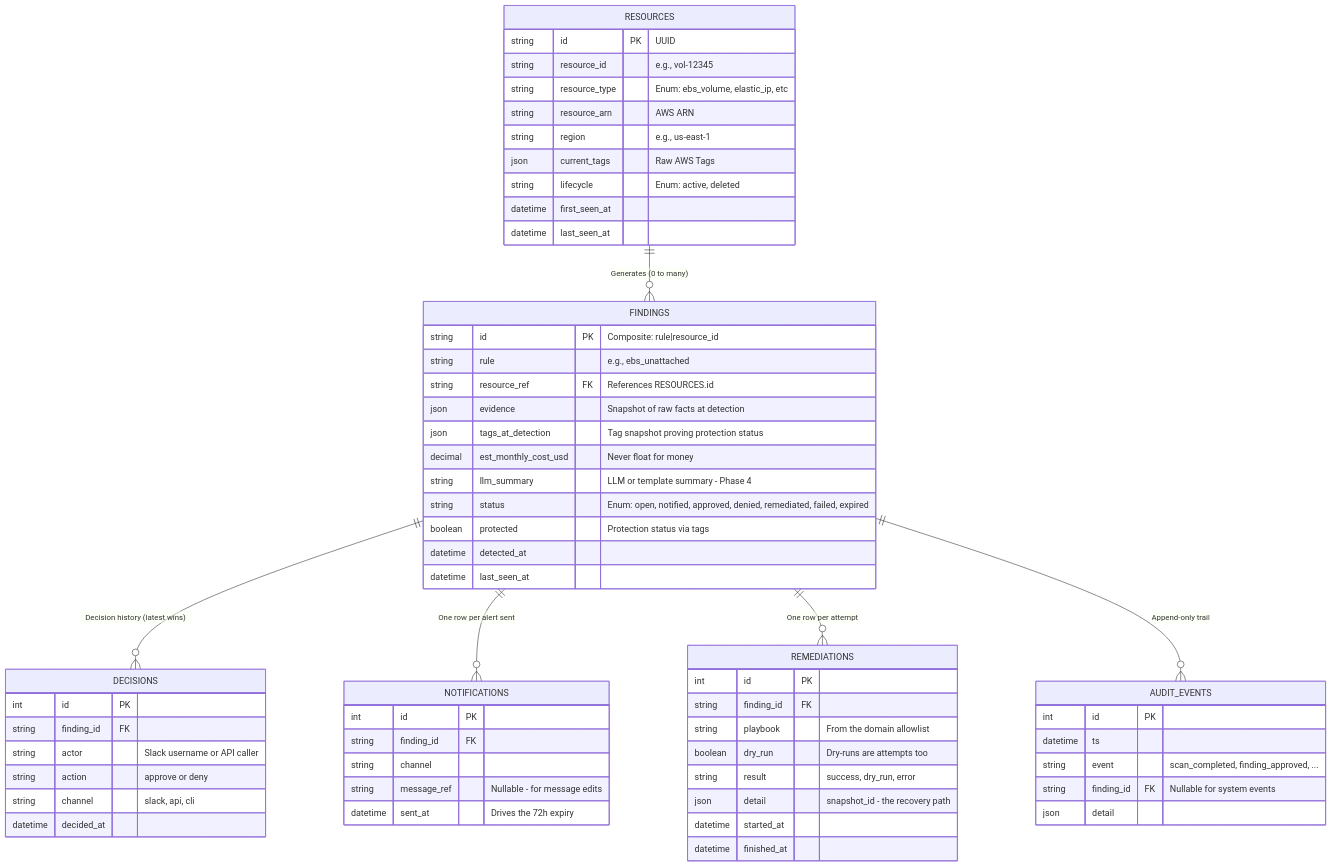
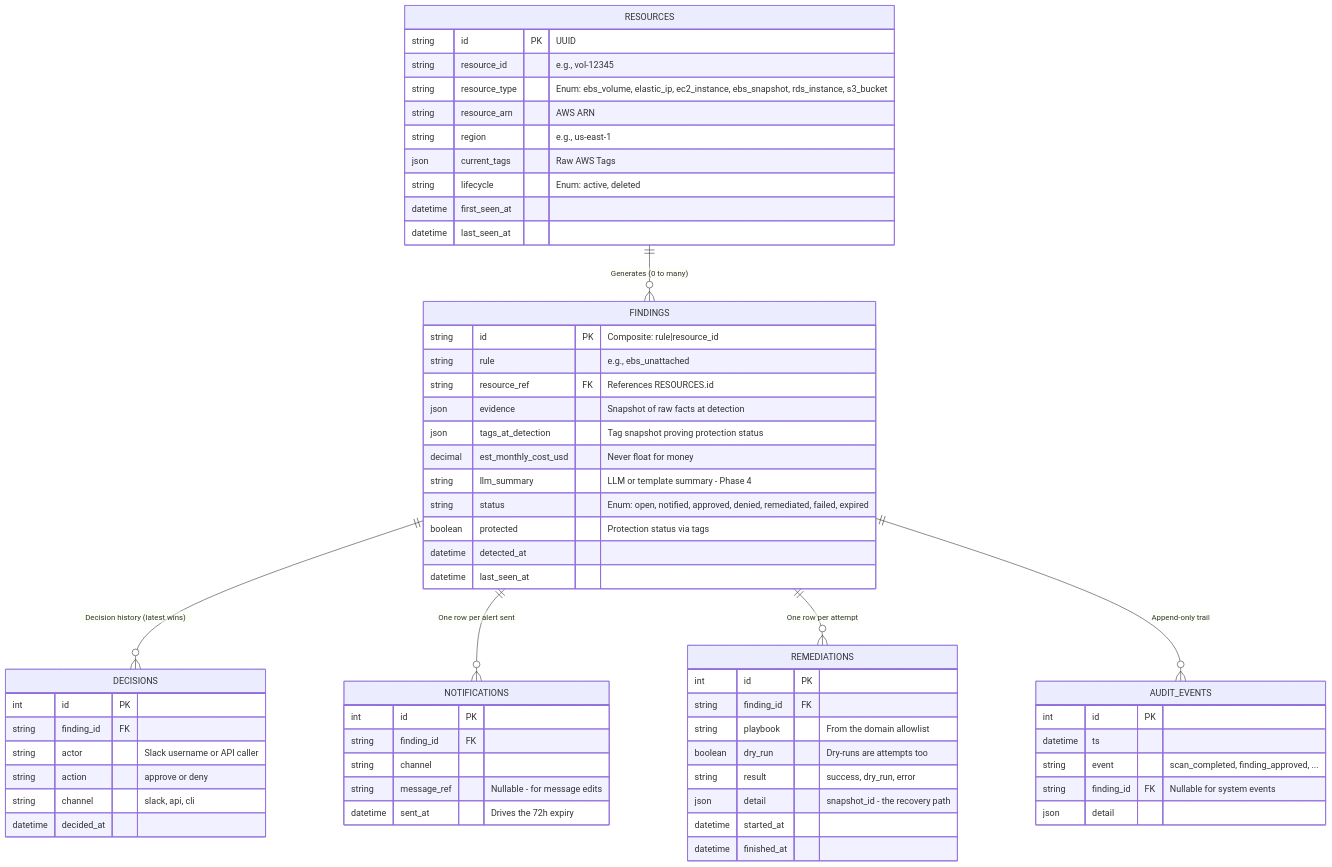
The second of 2 diagrams in README.md (boazleleina/finops-sentinel), drawn with Mermaid before and after one commit. The commit also changed other lines of this file, not shown here.

First line of the commit message:
docs: document the RDS and S3 scanners, coverage gates, and known gaps

````diff
--- a/README.md
+++ b/README.md
@@ -97,70 +97,70 @@
 ```mermaid
 erDiagram
     RESOURCES {
         string id PK "UUID"
         string resource_id "e.g., vol-12345"
-        string resource_type "Enum: ebs_volume, elastic_ip, etc"
+        string resource_type "Enum: ebs_volume, elastic_ip, ec2_instance, ebs_snapshot, rds_instance, s3_bucket"
         string resource_arn "AWS ARN"
         string region "e.g., us-east-1"
         json current_tags "Raw AWS Tags"
         string lifecycle "Enum: active, deleted"
         datetime first_seen_at
         datetime last_seen_at
     }
 
     FINDINGS {
         string id PK "Composite: rule|resource_id"
         string rule "e.g., ebs_unattached"
         string resource_ref FK "References RESOURCES.id"
         json evidence "Snapshot of raw facts at detection"
         json tags_at_detection "Tag snapshot proving protection status"
         decimal est_monthly_cost_usd "Never float for money"
         string llm_summary "LLM or template summary - Phase 4"
         string status "Enum: open, notified, approved, denied, remediated, failed, expired"
         boolean protected "Protection status via tags"
         datetime detected_at
         datetime last_seen_at
     }
 
     DECISIONS {
         int id PK
         string finding_id FK
         string actor "Slack username or API caller"
         string action "approve or deny"
         string channel "slack, api, cli"
         datetime decided_at
     }
 
     NOTIFICATIONS {
         int id PK
         string finding_id FK
         string channel
         string message_ref "Nullable - for message edits"
         datetime sent_at "Drives the 72h expiry"
     }
 
     REMEDIATIONS {
         int id PK
         string finding_id FK
         string playbook "From the domain allowlist"
         boolean dry_run "Dry-runs are attempts too"
         string result "success, dry_run, error"
         json detail "snapshot_id - the recovery path"
         datetime started_at
         datetime finished_at
     }
 
     AUDIT_EVENTS {
         int id PK
         datetime ts
         string event "scan_completed, finding_approved, ..."
         string finding_id FK "Nullable for system events"
         json detail
     }
 
     RESOURCES ||--o{ FINDINGS : "Generates (0 to many)"
     FINDINGS ||--o{ DECISIONS : "Decision history (latest wins)"
     FINDINGS ||--o{ NOTIFICATIONS : "One row per alert sent"
     FINDINGS ||--o{ REMEDIATIONS : "One row per attempt"
     FINDINGS ||--o{ AUDIT_EVENTS : "Append-only trail"
 ```
````
